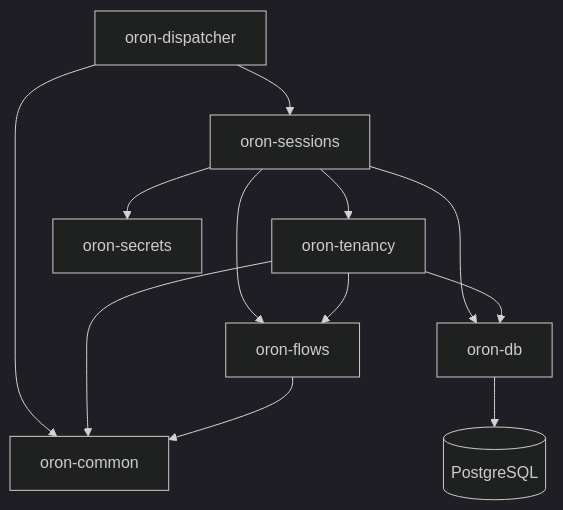
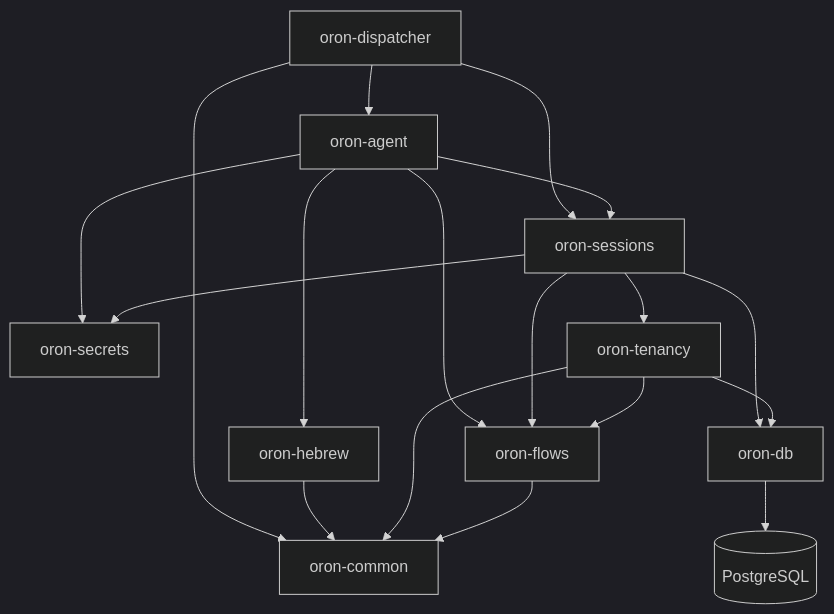
The diagram in docs/architecture/telephony-packages.md (Or-On/OrOn-CRM), drawn with Mermaid (dark theme) before and after one commit. The commit also changed other lines of this file and 119 other files, not shown here.

````diff
--- a/docs/architecture/telephony-packages.md
+++ b/docs/architecture/telephony-packages.md
@@ -7,14 +7,20 @@
 ```mermaid
 flowchart TD
-  X[oron-dispatcher] --> S[oron-sessions]
+  X[oron-dispatcher] --> A[oron-agent]
+  X --> S[oron-sessions]
   X --> C
+  A --> H[oron-hebrew]
+  A --> S
+  A --> F
+  A --> K
+  H --> C
   S[oron-sessions] --> T[oron-tenancy]
   S --> K[oron-secrets]
   S --> F[oron-flows]
   S --> D[oron-db]
   T --> F
   T --> D
   T --> C[oron-common]
   F --> C
   D --> P[(PostgreSQL)]
 ```
````
